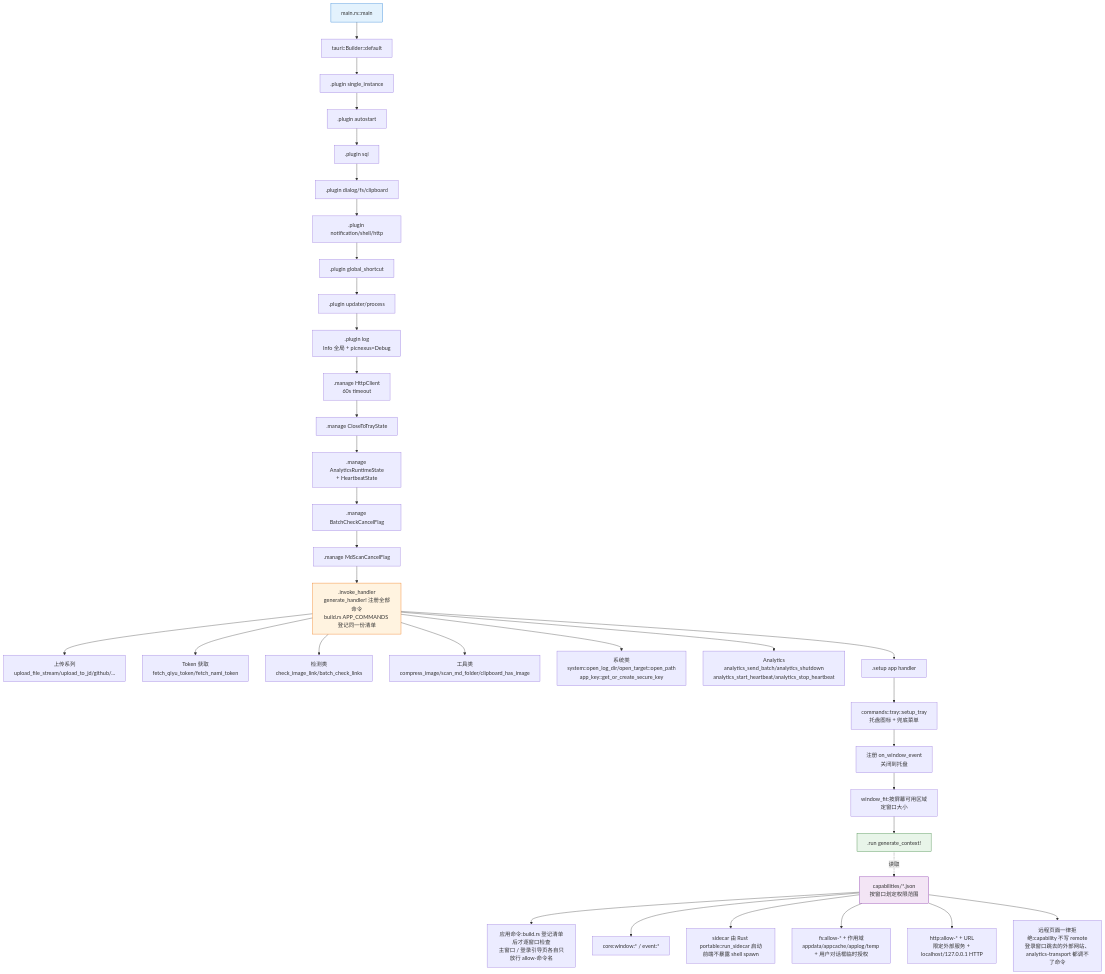
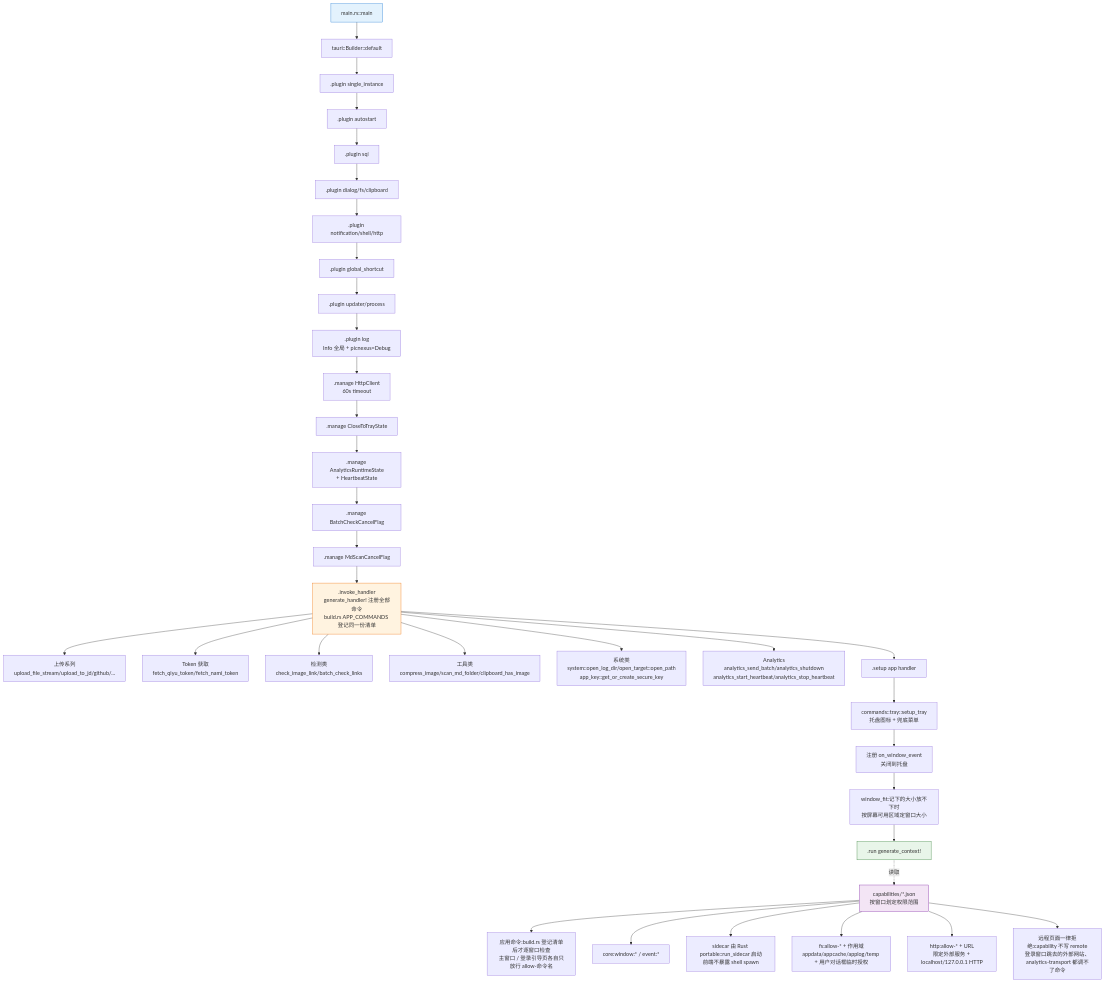
One commit to joeyliu6/PicNexus changed the first of 5 diagrams in docs/flows/ipc-command-flow.md. Above: the diagram before and after it, drawn with Mermaid. The commit also changed 5 other files, not shown here.

````diff
--- a/docs/flows/ipc-command-flow.md
+++ b/docs/flows/ipc-command-flow.md
@@ -21,51 +21,51 @@
 ```mermaid
 flowchart TD
     A[main.rs::main] --> B[tauri::Builder::default]
 
     %% 插件链
     B --> P1[.plugin single_instance]
     P1 --> P2[.plugin autostart]
     P2 --> P3[.plugin sql]
     P3 --> P4[.plugin dialog/fs/clipboard]
     P4 --> P5[.plugin notification/shell/http]
     P5 --> P6[.plugin global_shortcut]
     P6 --> P7[.plugin updater/process]
     P7 --> P8[.plugin log<br/>Info 全局 + picnexus=Debug]
 
     %% 全局状态
     P8 --> M1[.manage HttpClient<br/>60s timeout]
     M1 --> M2[.manage CloseToTrayState]
     M2 --> M3[.manage AnalyticsRuntimeState<br/>+ HeartbeatState]
     M3 --> M4[.manage BatchCheckCancelFlag]
     M4 --> M5[.manage MdScanCancelFlag]
 
     %% 命令注册
     M5 --> H[.invoke_handler<br/>generate_handler! 注册全部命令<br/>build.rs APP_COMMANDS 登记同一份清单]
     H --> H1[上传系列<br/>upload_file_stream/upload_to_jd/github/...]
     H --> H2[Token 获取<br/>fetch_qiyu_token/fetch_nami_token]
     H --> H3[检测类<br/>check_image_link/batch_check_links]
     H --> H4[工具类<br/>compress_image/scan_md_folder/clipboard_has_image]
     H --> H5[系统类<br/>system::open_log_dir/open_target::open_path<br/>app_key::get_or_create_secure_key]
     H --> H6[Analytics<br/>analytics_send_batch/analytics_shutdown<br/>analytics_start_heartbeat/analytics_stop_heartbeat]
 
     %% Setup 回调
     H --> S[.setup app handler]
     S --> S1[commands::tray::setup_tray<br/>托盘图标 + 兜底菜单]
     S1 --> S2[注册 on_window_event<br/>关闭到托盘]
-    S2 --> S3[window_fit:按屏幕可用区域<br/>定窗口大小]
+    S2 --> S3[window_fit:记下的大小放不下时<br/>按屏幕可用区域定窗口大小]
     S3 --> R[.run generate_context!]
 
     %% 权限校验
     R -.读取.-> CAP[capabilities/*.json<br/>按窗口划定权限范围]
     CAP --> CAP0[应用命令:build.rs 登记清单后才逐窗口检查<br/>主窗口 / 登录引导页各自只放行 allow-命令名]
     CAP --> CAP1[core:window:* / event:*]
     CAP --> CAP2[sidecar 由 Rust portable::run_sidecar 启动<br/>前端不暴露 shell spawn]
     CAP --> CAP3[fs:allow-* + 作用域<br/>appdata/appcache/applog/temp + 用户对话框临时授权]
     CAP --> CAP4[http:allow-* + URL<br/>限定外部服务 + localhost/127.0.0.1 HTTP]
     CAP --> CAP5[远程页面一律拒绝:capability 不写 remote<br/>登录窗口跳去的外部网站、analytics-transport 都调不了命令]
 
     style A fill:#e3f2fd,stroke:#1976d2
     style H fill:#fff3e0,stroke:#ef6c00
     style R fill:#e8f5e9,stroke:#2e7d32
     style CAP fill:#f3e5f5,stroke:#7b1fa2
 ```
````
